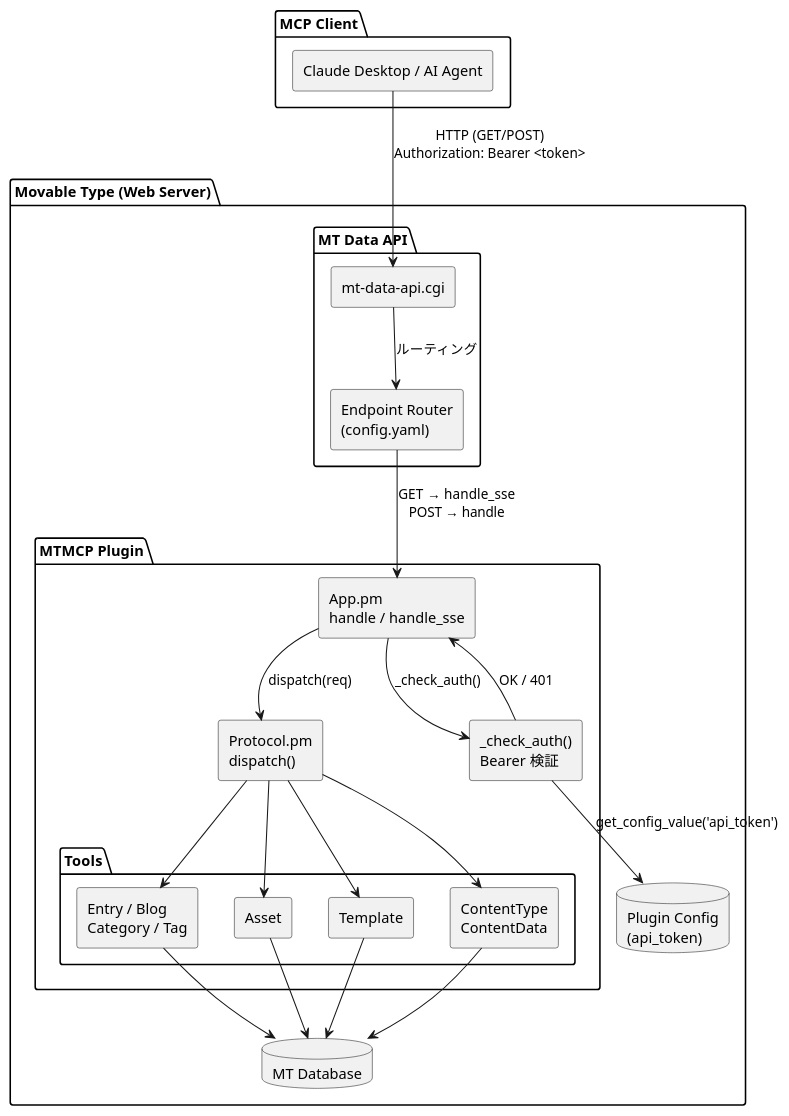
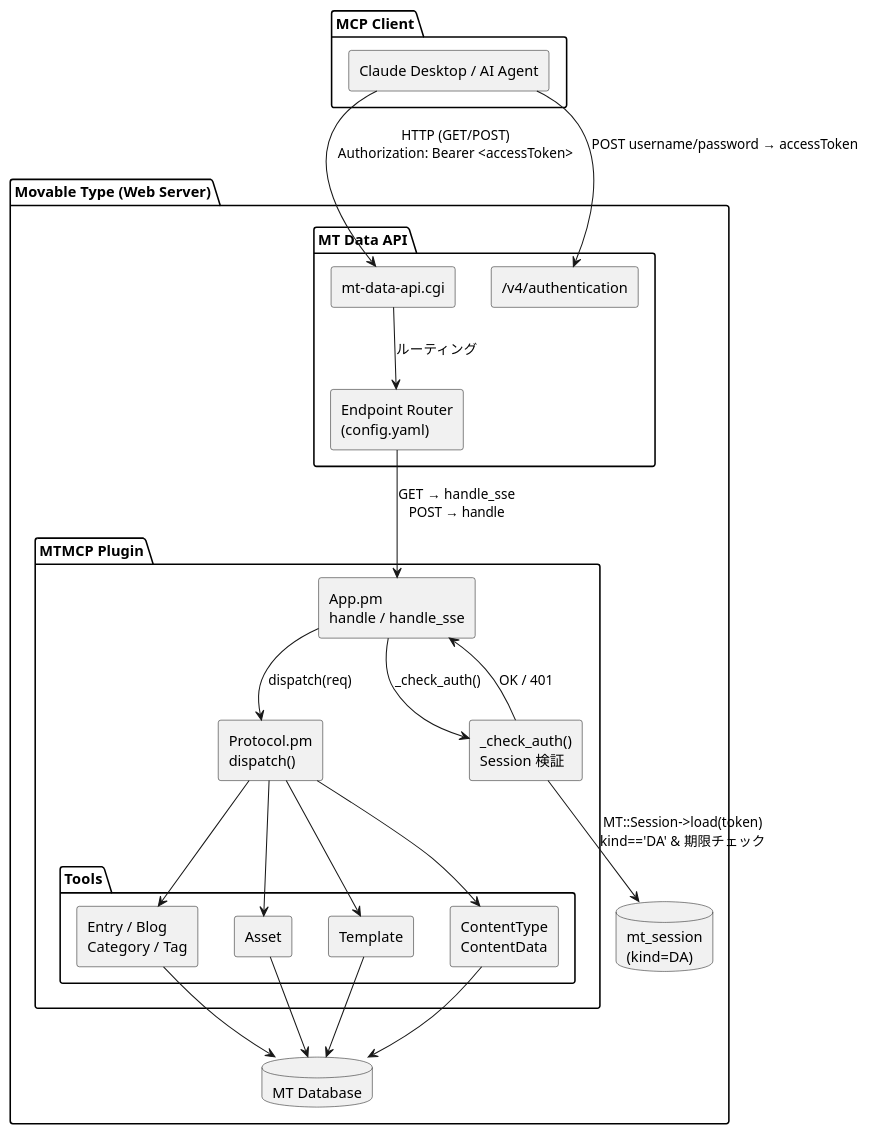
Before and after one commit to redamoon/mt-plugin-mcp: the second of 4 diagrams in docs/architecture-auth.md, drawn with PlantUML. The commit also changed other lines of this file and 6 other files, not shown here.

````diff
--- a/docs/architecture-auth.md
+++ b/docs/architecture-auth.md
@@ -13,53 +29,55 @@
 ```plantuml
 @startuml
 skinparam componentStyle rectangle
 skinparam rectangle {
   BorderColor #555
   BackgroundColor #f9f9f9
 }
 
 package "MCP Client" {
   [Claude Desktop / AI Agent] as client
 }
 
 package "Movable Type (Web Server)" {
   package "MT Data API" {
     [mt-data-api.cgi] as cgi
     [Endpoint Router\n(config.yaml)] as router
+    [/v4/authentication] as authn_ep
   }
 
   package "MTMCP Plugin" {
     [App.pm\nhandle / handle_sse] as app
-    [_check_auth()\nBearer 検証] as auth
+    [_check_auth()\nSession 検証] as auth
     [Protocol.pm\ndispatch()] as protocol
 
     package "Tools" {
       [Entry / Blog\nCategory / Tag] as tools_entry
       [Asset] as tools_asset
       [Template] as tools_tmpl
       [ContentType\nContentData] as tools_ct
     }
   }
 
-  database "Plugin Config\n(api_token)" as config
+  database "mt_session\n(kind=DA)" as session_db
   database "MT Database" as db
 }
 
-client --> cgi : HTTP (GET/POST)\nAuthorization: Bearer <token>
+client --> authn_ep : POST username/password → accessToken
+client --> cgi : HTTP (GET/POST)\nAuthorization: Bearer <accessToken>
 cgi --> router : ルーティング
 router --> app : GET  → handle_sse\nPOST → handle
 app --> auth : _check_auth()
-auth --> config : get_config_value('api_token')
+auth --> session_db : MT::Session->load(token)\nkind=='DA' & 期限チェック
 auth --> app : OK / 401
 app --> protocol : dispatch(req)
 protocol --> tools_entry
 protocol --> tools_asset
 protocol --> tools_tmpl
 protocol --> tools_ct
 tools_entry --> db
 tools_asset --> db
 tools_tmpl --> db
 tools_ct --> db
 
 @enduml
 ```
````
